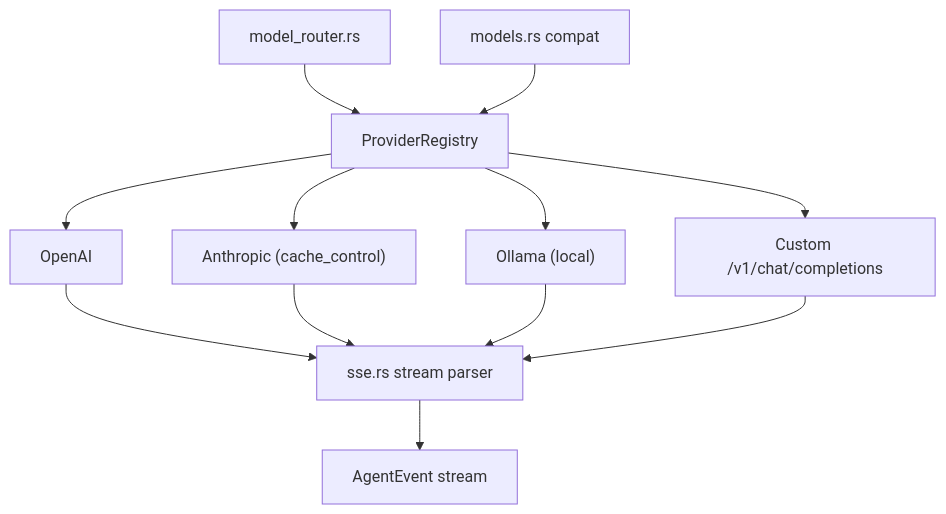
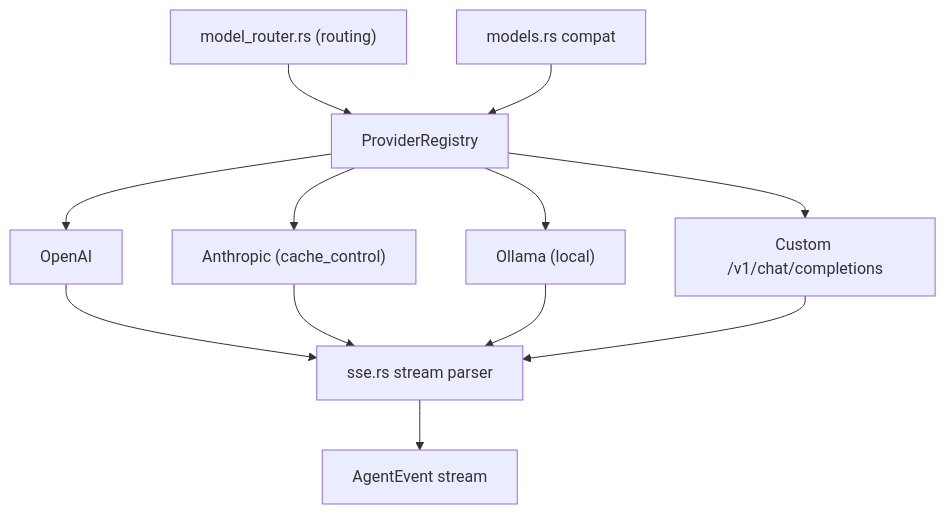
The third of 3 diagrams in README.md (tschk/rotary), drawn with Mermaid before and after one commit. The commit also changed other lines of this file and 17 other files, not shown here.

````diff
--- a/README.md
+++ b/README.md
@@ -218,14 +241,14 @@
 ```mermaid
 graph TD
   Reg["ProviderRegistry"] --> OpenAI["OpenAI"]
   Reg --> Anthropic["Anthropic (cache_control)"]
   Reg --> Ollama["Ollama (local)"]
   Reg --> Custom["Custom /v1/chat/completions"]
   OpenAI --> SSE["sse.rs stream parser"]
   Anthropic --> SSE
   Ollama --> SSE
   Custom --> SSE
   SSE --> Events["AgentEvent stream"]
-  Router["model_router.rs"] --> Reg
+  Router["model_router.rs (routing)"] --> Reg
   Models["models.rs compat"] --> Reg
 ```
````
